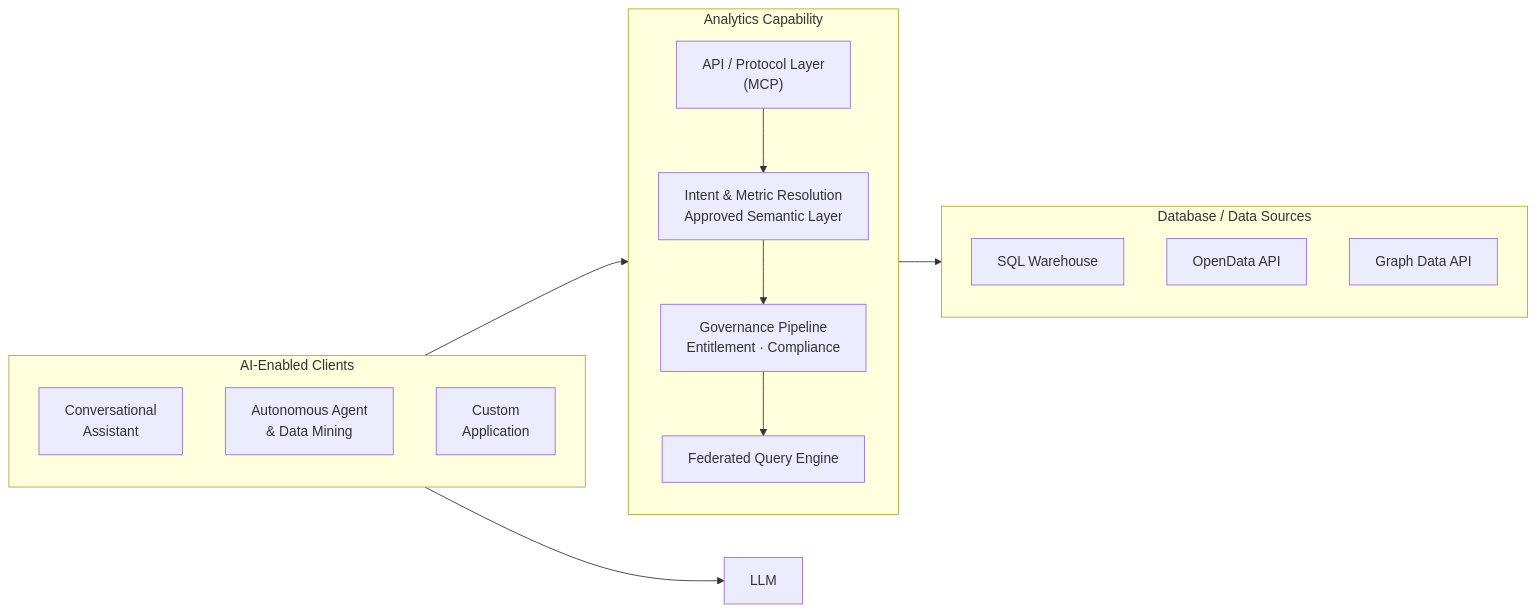
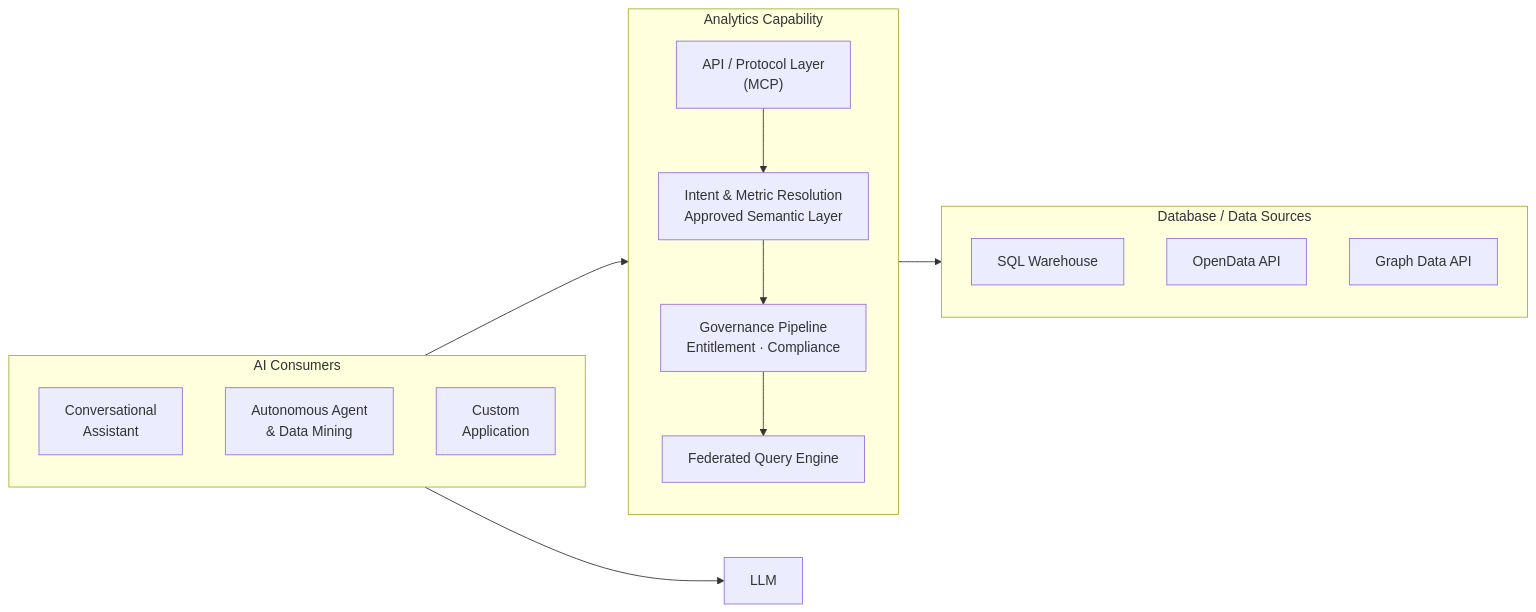
The second of 2 diagrams in docs/product/analytics/00-overview.md (M-A-Operating-System/shared-work), drawn with Mermaid before and after one commit. The commit also changed other lines of this file and 3 other files, not shown here.

````diff
--- a/docs/product/analytics/00-overview.md
+++ b/docs/product/analytics/00-overview.md
@@ -134,29 +134,29 @@
 ```mermaid
 flowchart LR
-    subgraph clients["AI-Enabled Clients"]
+    subgraph clients["AI Consumers"]
         direction TB
         C1["Conversational\nAssistant"]
         C2["Autonomous Agent\n& Data Mining"]
         C3["Custom\nApplication"]
     end
     L["LLM"]
     subgraph platform["Analytics Capability"]
         direction TB
        M["API / Protocol Layer\n(MCP)"]
         P1["Intent & Metric Resolution\nApproved Semantic Layer"]
         P2["Governance Pipeline\nEntitlement · Compliance"]
         P3["Federated Query Engine"]
     end
     subgraph data["Database / Data Sources"]
         direction TB
         D1["SQL Warehouse"]
         D2["OpenData API"]
         D3["Graph Data API"]
     end
     clients --> platform
     clients --> L
     M --> P1
     P1 --> P2
     P2 --> P3
     platform --> data
 ```
````
